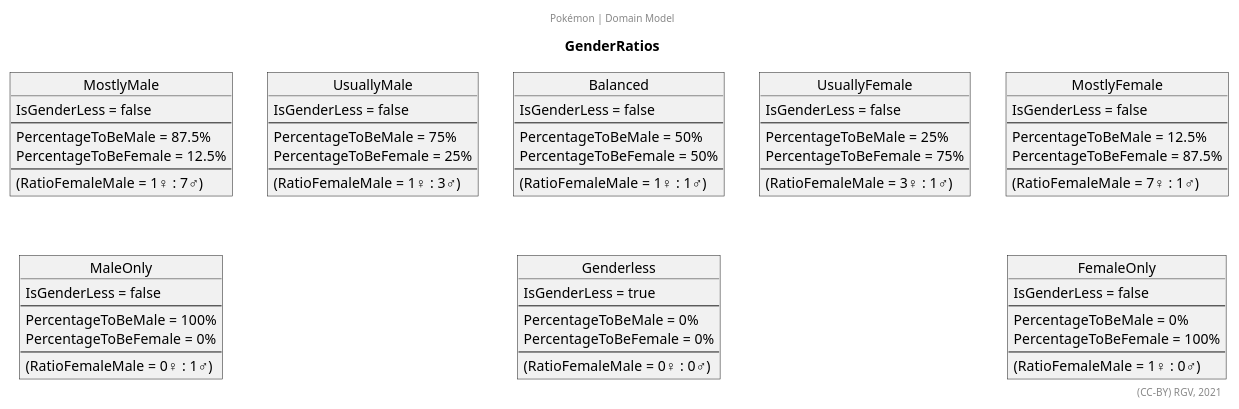
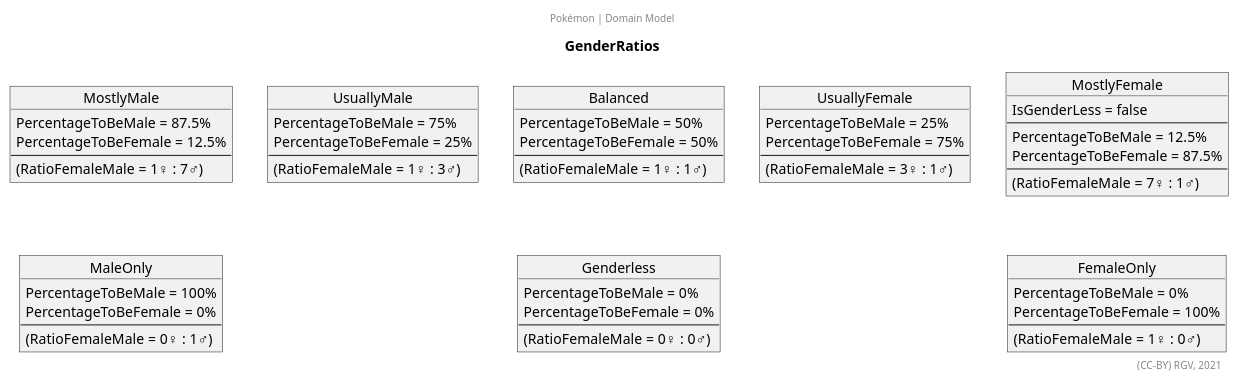
Before and after one commit to RicardoGuzmanVelasco/DomainModelling: the diagram in Pokemon/GenderRatio.puml, drawn with PlantUML. The commit also changed 6 other files, not shown here.

```diff
--- a/Pokemon/GenderRatio.puml
+++ b/Pokemon/GenderRatio.puml
@@ -1,94 +1,80 @@
 @startuml
 title GenderRatios
 center header Pokémon | Domain Model
 '''''''''''''
 '''''''''''''
 
-object Genderless{ 
-    IsGenderLess = true
-    --
+object Genderless{
     PercentageToBeMale = 0%
     PercentageToBeFemale = 0%
     --
     (RatioFemaleMale = 0♀ : 0♂)
 }
 
 object MaleOnly{
-    IsGenderLess = false
-    --
     PercentageToBeMale = 100%
     PercentageToBeFemale = 0%
     --
     (RatioFemaleMale = 0♀ : 1♂)
 }
 
 object MostlyMale{
-    IsGenderLess = false
-    --
     PercentageToBeMale = 87.5%
     PercentageToBeFemale = 12.5%
     --
     (RatioFemaleMale = 1♀ : 7♂)
 }
 
 object UsuallyMale{
-    IsGenderLess = false
-    --
     PercentageToBeMale = 75%
     PercentageToBeFemale = 25%
     --
     (RatioFemaleMale = 1♀ : 3♂)
 }
 
 object Balanced{
-    IsGenderLess = false
-    --
     PercentageToBeMale = 50%
     PercentageToBeFemale = 50%
     --
     (RatioFemaleMale = 1♀ : 1♂)
 }
 
 object UsuallyFemale{
-    IsGenderLess = false
-    --
     PercentageToBeMale = 25%
     PercentageToBeFemale = 75%
     --
     (RatioFemaleMale = 3♀ : 1♂)
 }
 
 object MostlyFemale{
     IsGenderLess = false
     --
     PercentageToBeMale = 12.5%
     PercentageToBeFemale = 87.5%
     --
     (RatioFemaleMale = 7♀ : 1♂)
 }
 
 object FemaleOnly{
-    IsGenderLess = false
-    --
     PercentageToBeMale = 0%
     PercentageToBeFemale = 100%
     --
     (RatioFemaleMale = 1♀ : 0♂)
 }
 
 '''''''''''''
 
 Balanced .d. Genderless #transparent
 
 MaleOnly .u. MostlyMale #transparent
 MostlyMale .r. UsuallyMale #transparent
 UsuallyMale .r. Balanced #transparent
 
 FemaleOnly .u. MostlyFemale #transparent
 MostlyFemale .l. UsuallyFemale #transparent
 UsuallyFemale .l. Balanced #transparent
 
 '''''''''''''
 '''''''''''''
 right footer (CC-BY) RGV, 2021
 @enduml
```
